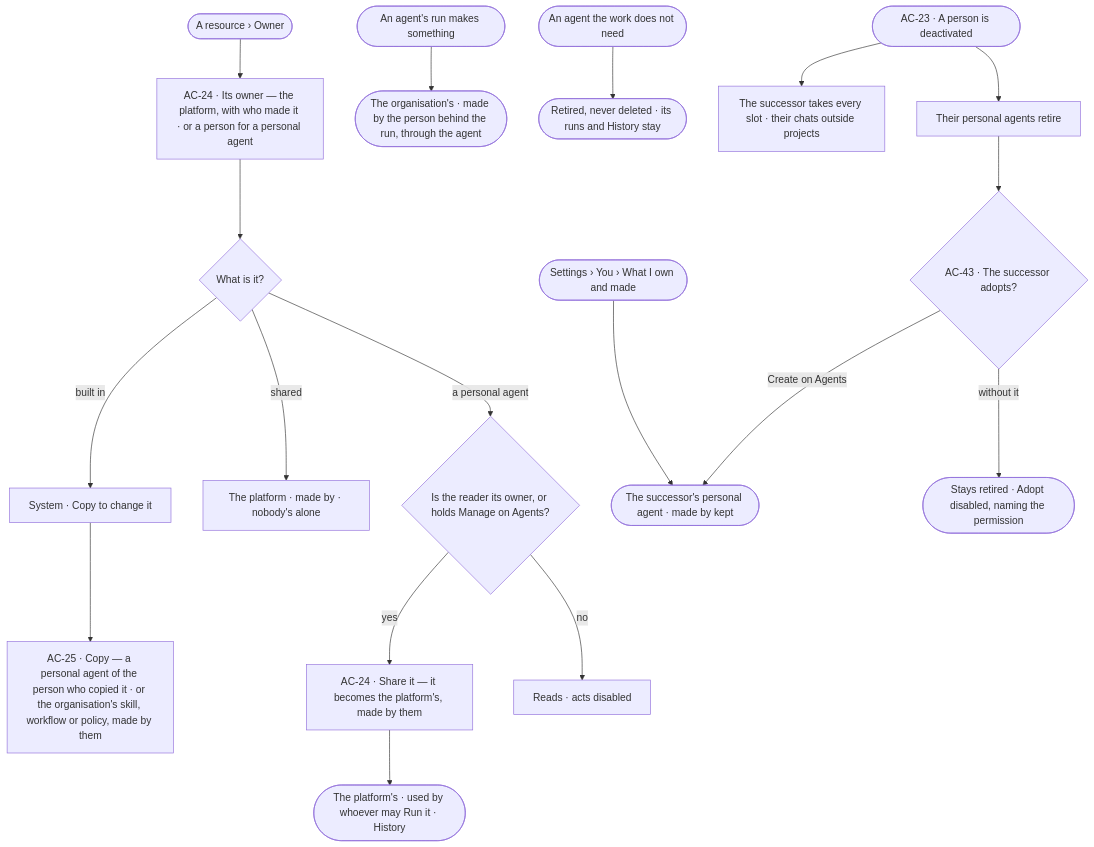
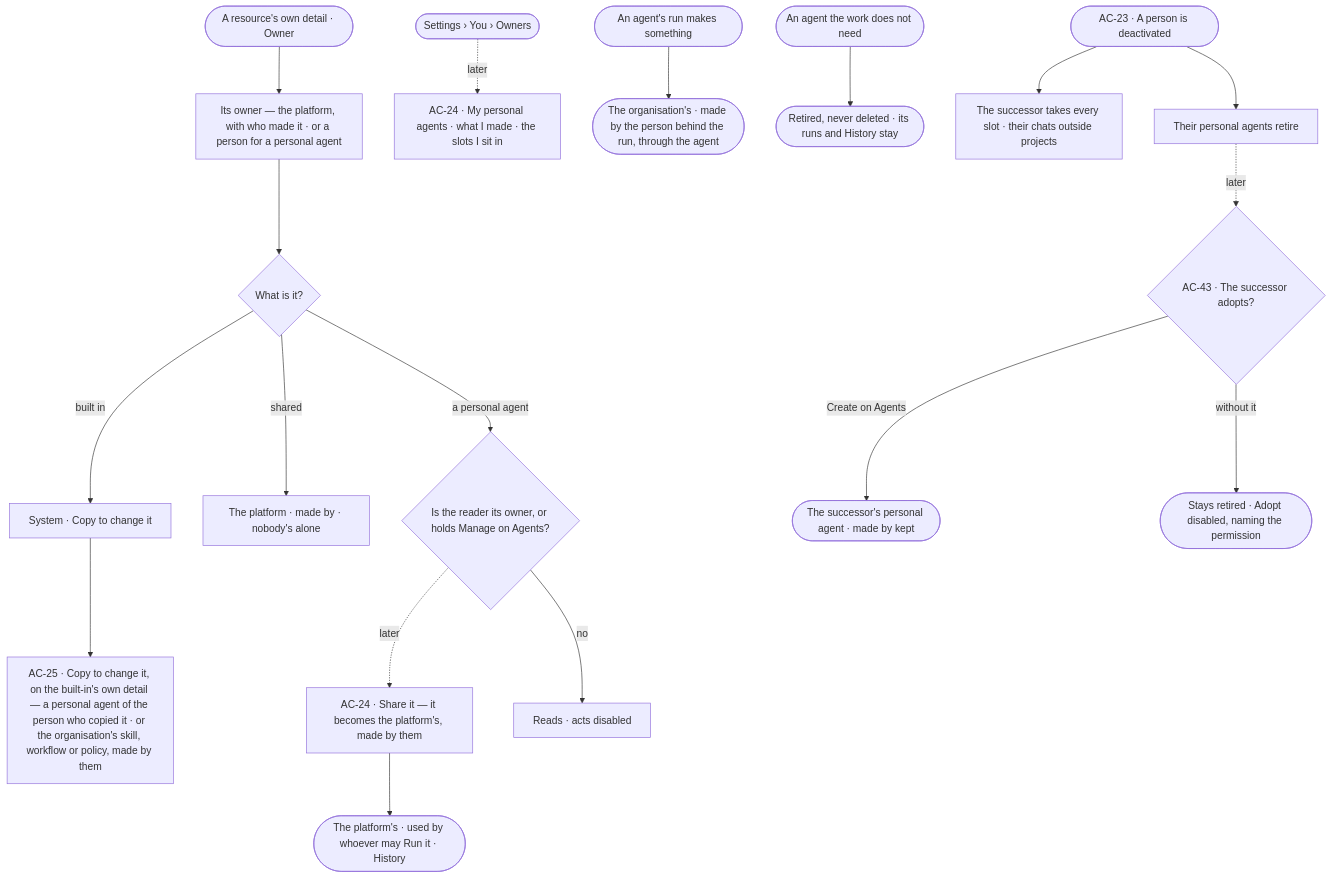
Before and after one commit to invana/invana: the diagram in specs/os/access/features/AC-F07-ownership/feature.md, drawn with Mermaid. The commit also changed other lines of this file and 9 other files, not shown here.

````diff
--- a/specs/os/access/features/AC-F07-ownership/feature.md
+++ b/specs/os/access/features/AC-F07-ownership/feature.md
@@ -28,20 +28,20 @@
 ```mermaid
 flowchart TD
-  start([A resource › Owner]) --> list["AC-24 · Its owner — the platform, with who made it · or a person for a personal agent"]
+  start([A resource's own detail · Owner]) --> list["Its owner — the platform, with who made it · or a person for a personal agent"]
   list --> kind{"What is it?"}
   kind -->|built in| bi["System · Copy to change it"]
-  bi --> copy["AC-25 · Copy — a personal agent of the person who copied it · or the organisation's skill, workflow or policy, made by them"]
+  bi --> copy["AC-25 · Copy to change it, on the built-in's own detail — a personal agent of the person who copied it · or the organisation's skill, workflow or policy, made by them"]
   kind -->|shared| sh["The platform · made by · nobody's alone"]
   kind -->|a personal agent| pa{"Is the reader its owner, or holds Manage on Agents?"}
-  pa -->|yes| share["AC-24 · Share it — it becomes the platform's, made by them"]
+  pa -.->|later| share["AC-24 · Share it — it becomes the platform's, made by them"]
   pa -->|no| ro["Reads · acts disabled"]
   share --> ok(["The platform's · used by whoever may Run it · History"])
-  me([Settings › You › What I own and made]) --> mine["AC-24 · My personal agents · what I made · the slots I sit in"]
+  me([Settings › You › Owners]) -.->|later| mine["AC-24 · My personal agents · what I made · the slots I sit in"]
   run([An agent's run makes something]) --> org(["The organisation's · made by the person behind the run, through the agent"])
   agent([An agent the work does not need]) --> ret(["Retired, never deleted · its runs and History stay"])
   leave([AC-23 · A person is deactivated]) --> succ["The successor takes every slot · their chats outside projects"]
   leave --> pr["Their personal agents retire"]
-  pr --> adopt{"AC-43 · The successor adopts?"}
-  adopt -->|Create on Agents| mine(["The successor's personal agent · made by kept"])
+  pr -.->|later| adopt{"AC-43 · The successor adopts?"}
+  adopt -->|Create on Agents| mine2(["The successor's personal agent · made by kept"])
   adopt -->|without it| stay(["Stays retired · Adopt disabled, naming the permission"])
 ```
````
